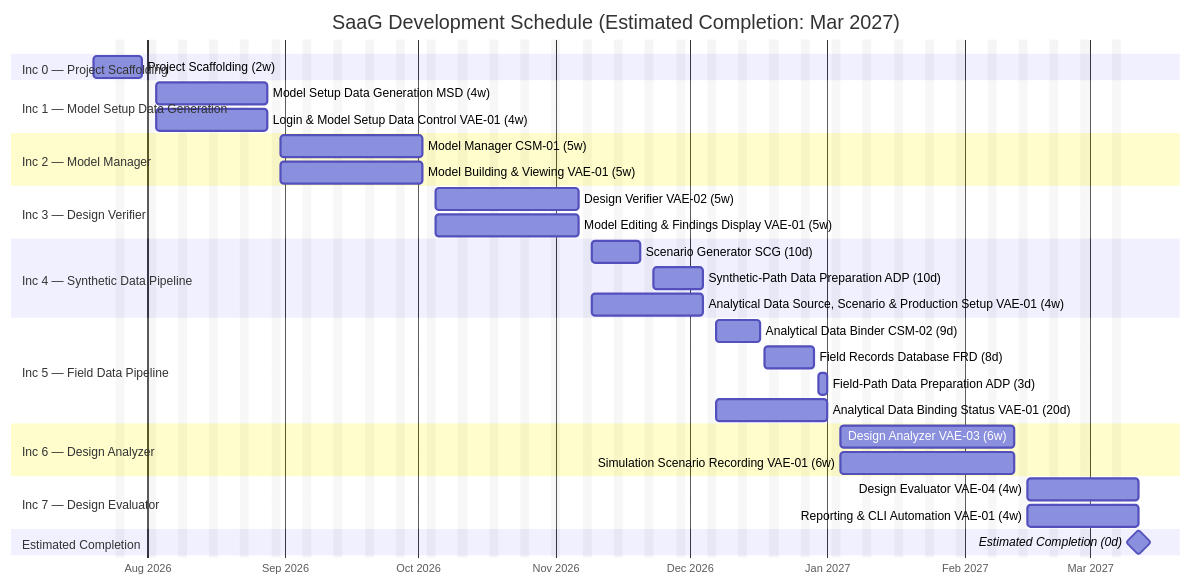
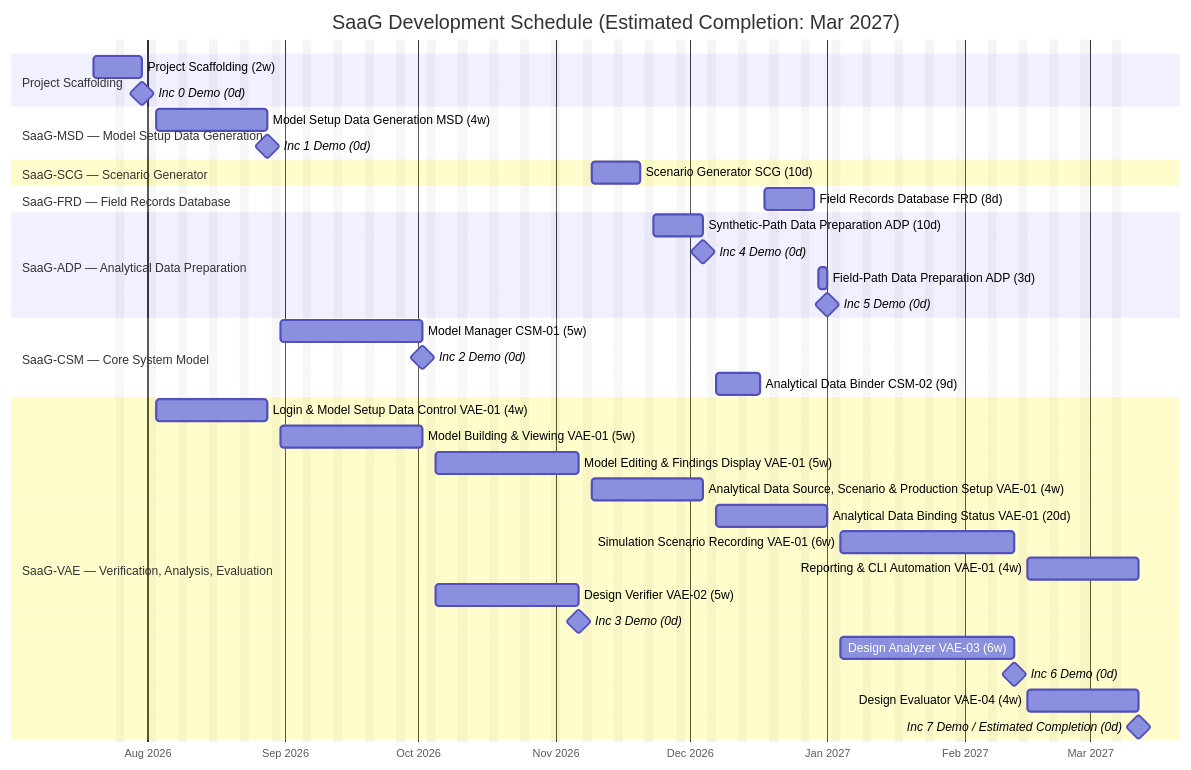
The diagram in docs/planning/SDP.md (canetizen/system-as-a-graph), drawn with Mermaid before and after one commit.

Commit message:
docs(sdp): update project timeline and gantt chart structure
Update the Software Development Plan (SDP) documentation to reflect
changes in the project roadmap. This includes renaming increments to
SaaG modules, reorganizing sections for better logical flow, and
adding new milestones for demos and specific development phases.

````diff
--- a/docs/planning/SDP.md
+++ b/docs/planning/SDP.md
@@ -296,45 +296,48 @@
 ```mermaid
 %%{init: { 'themeVariables': { 'excludeBkgColor': 'rgba(128,128,128,0.08)' } } }%%
 gantt
     title SaaG Development Schedule (Estimated Completion: Mar 2027)
     dateFormat YYYY-MM-DD
     axisFormat %b %Y
     excludes weekends
 
-    section Inc 0 — Project Scaffolding
+    section Project Scaffolding
     Project Scaffolding (2w)      :scaffold1, 2026-07-20, 2026-07-31
+    Inc 0 Demo (0d)               :milestone, demo0, after scaffold1, 0d
 
-    section Inc 1 — Model Setup Data Generation
+    section SaaG-MSD — Model Setup Data Generation
     Model Setup Data Generation MSD (4w)               :msd, 2026-08-03, 2026-08-28
+    Inc 1 Demo (0d)                                    :milestone, demo1, after msd, 0d
+
+    section SaaG-SCG — Scenario Generator
+    Scenario Generator SCG (10d)                       :scg, 2026-11-09, 2026-11-20
+
+    section SaaG-FRD — Field Records Database
+    Field Records Database FRD (8d)                    :frd, 2026-12-18, 2026-12-29
+
+    section SaaG-ADP — Analytical Data Preparation
+    Synthetic-Path Data Preparation ADP (10d)          :adpa, 2026-11-23, 2026-12-04
+    Inc 4 Demo (0d)                                    :milestone, demo4, after adpa, 0d
+    Field-Path Data Preparation ADP (3d)                :adpb, 2026-12-30, 2027-01-01
+    Inc 5 Demo (0d)                                    :milestone, demo5, after adpb, 0d
+
+    section SaaG-CSM — Core System Model
+    Model Manager CSM-01 (5w)                          :csm01, 2026-08-31, 2026-10-02
+    Inc 2 Demo (0d)                                    :milestone, demo2, after csm01, 0d
+    Analytical Data Binder CSM-02 (9d)                 :csm02, 2026-12-07, 2026-12-17
+
+    section SaaG-VAE — Verification, Analysis, Evaluation
     Login & Model Setup Data Control VAE-01 (4w)       :vae01a, 2026-08-03, 2026-08-28
-
-    section Inc 2 — Model Manager
-    Model Manager CSM-01 (5w)                          :csm01, 2026-08-31, 2026-10-02
     Model Building & Viewing VAE-01 (5w)               :vae01b, 2026-08-31, 2026-10-02
-
-    section Inc 3 — Design Verifier
+    Model Editing & Findings Display VAE-01 (5w)       :vae01c, 2026-10-05, 2026-11-06
+    Analytical Data Source, Scenario & Production Setup VAE-01 (4w) :vae01de, 2026-11-09, 2026-12-04
+    Analytical Data Binding Status VAE-01 (20d)         :vae01f, 2026-12-07, 2027-01-01
+    Simulation Scenario Recording VAE-01 (6w)           :vae01g, 2027-01-04, 2027-02-12
+    Reporting & CLI Automation VAE-01 (4w)             :vae01h, 2027-02-15, 2027-03-12
     Design Verifier VAE-02 (5w)                        :vae02, 2026-10-05, 2026-11-06
-    Model Editing & Findings Display VAE-01 (5w)       :vae01c, 2026-10-05, 2026-11-06
-
-    section Inc 4 — Synthetic Data Pipeline
-    Scenario Generator SCG (10d)                       :scg, 2026-11-09, 2026-11-20
-    Synthetic-Path Data Preparation ADP (10d)          :adpa, 2026-11-23, 2026-12-04
-    Analytical Data Source, Scenario & Production Setup VAE-01 (4w) :vae01de, 2026-11-09, 2026-12-04
-
-    section Inc 5 — Field Data Pipeline
-    Analytical Data Binder CSM-02 (9d)                 :csm02, 2026-12-07, 2026-12-17
-    Field Records Database FRD (8d)                    :frd, 2026-12-18, 2026-12-29
-    Field-Path Data Preparation ADP (3d)                :adpb, 2026-12-30, 2027-01-01
-    Analytical Data Binding Status VAE-01 (20d)         :vae01f, 2026-12-07, 2027-01-01
-
-    section Inc 6 — Design Analyzer
+    Inc 3 Demo (0d)                                    :milestone, demo3, after vae02, 0d
     Design Analyzer VAE-03 (6w)                         :vae03, 2027-01-04, 2027-02-12
-    Simulation Scenario Recording VAE-01 (6w)           :vae01g, 2027-01-04, 2027-02-12
-
-    section Inc 7 — Design Evaluator
+    Inc 6 Demo (0d)                                    :milestone, demo6, after vae03, 0d
     Design Evaluator VAE-04 (4w)                       :vae04, 2027-02-15, 2027-03-12
-    Reporting & CLI Automation VAE-01 (4w)             :vae01h, 2027-02-15, 2027-03-12
-
-    section Estimated Completion
-    Estimated Completion (0d)                           :milestone, completion, 2027-03-12, 0d
+    Inc 7 Demo / Estimated Completion (0d)             :milestone, completion, after vae04, 0d
 ```
````
